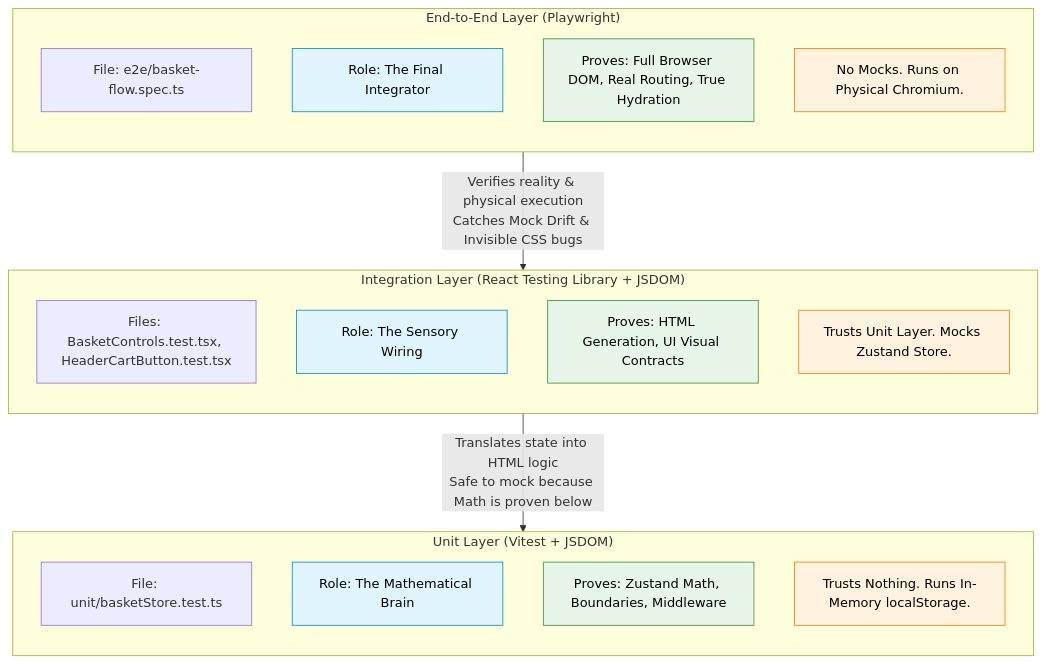
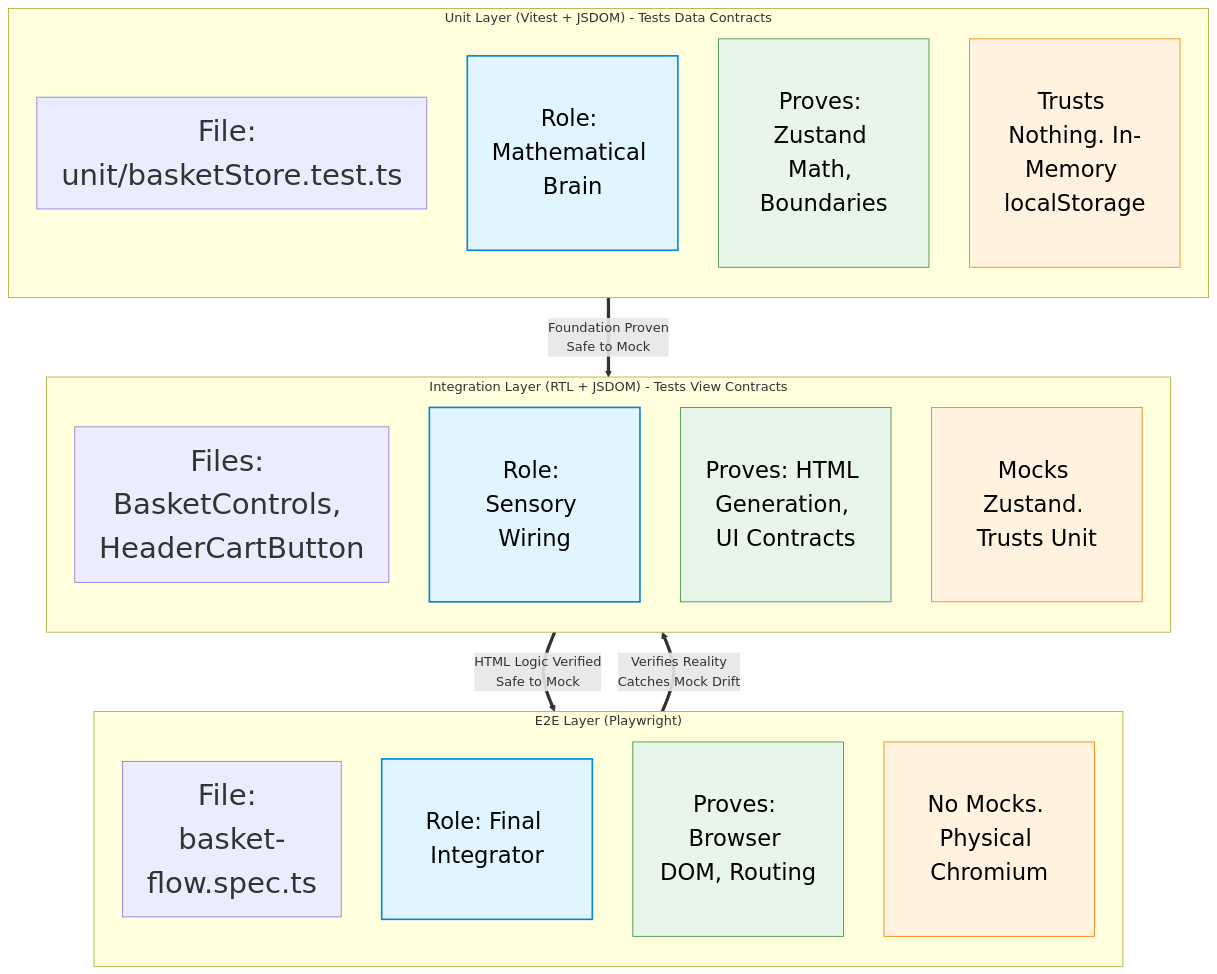
One commit to munrhalls/sanglogium changed the diagram in docs/basket/prd-tests-diagram.md. Above: the diagram before and after it, drawn with Mermaid. The commit also changed 2 other files, not shown here.

Commit message:
Difficulty: 3 - D, Documentation (docs): update workflow and test diagrams — → closes 0 DoD items, documentation

````diff
--- a/docs/basket/prd-tests-diagram.md
+++ b/docs/basket/prd-tests-diagram.md
@@ -1,34 +1,40 @@
 ```mermaid
-flowchart TD
+graph TD
     classDef container fill:transparent,stroke:#333,stroke-width:2px,stroke-dasharray: 5 5
-    classDef role fill:#e1f5fe,stroke:#0288d1,stroke-width:1px,color:#000
-    classDef scope fill:#e8f5e9,stroke:#388e3c,stroke-width:1px,color:#000
-    classDef warning fill:#fff3e0,stroke:#f57c00,stroke-width:1px,color:#000
+    classDef role fill:#e1f5fe,stroke:#0288d1,stroke-width:2px,color:#000,font-size:28px,padding:20px
+    classDef scope fill:#e8f5e9,stroke:#388e3c,stroke-width:1px,color:#000,font-size:28px,padding:20px
+    classDef warning fill:#fff3e0,stroke:#f57c00,stroke-width:1px,color:#000,font-size:28px,padding:20px
+    classDef default font-size:36px
 
-    subgraph E2E ["End-to-End Layer (Playwright)"]
+    subgraph E2E["E2E Layer (Playwright)"]
         direction TB
-        F1["File: e2e/basket-flow.spec.ts"]
-        R1["Role: The Final Integrator"]:::role
-        S1["Proves: Full Browser DOM, Real Routing, True Hydration"]:::scope
-        W1["No Mocks. Runs on Physical Chromium."]:::warning
+        F3["File: basket-flow.spec.ts"]
+        R3["Role: Final Integrator"]:::role
+        S3["Proves: Browser DOM, Routing"]:::scope
+        W3["No Mocks. Physical Chromium"]:::warning
     end
 
-    subgraph INT ["Integration Layer (React Testing Library + JSDOM)"]
+    subgraph INT["Integration Layer (RTL + JSDOM) - Tests View Contracts"]
         direction TB
-        F2["Files: BasketControls.test.tsx, HeaderCartButton.test.tsx"]
-        R2["Role: The Sensory Wiring"]:::role
-        S2["Proves: HTML Generation, UI Visual Contracts"]:::scope
-        W2["Trusts Unit Layer. Mocks Zustand Store."]:::warning
+        F2["Files: BasketControls, HeaderCartButton"]
+        R2["Role: Sensory Wiring"]:::role
+        S2["Proves: HTML Generation, UI Contracts"]:::scope
+        W2["Mocks Zustand. Trusts Unit"]:::warning
     end
 
-    subgraph UNIT ["Unit Layer (Vitest + JSDOM)"]
+    subgraph Unit["Unit Layer (Vitest + JSDOM) - Tests Data Contracts"]
         direction TB
-        F3["File: unit/basketStore.test.ts"]
-        R3["Role: The Mathematical Brain"]:::role
-        S3["Proves: Zustand Math, Boundaries, Middleware"]:::scope
-        W3["Trusts Nothing. Runs In-Memory localStorage."]:::warning
+        F1["File: unit/basketStore.test.ts"]
+        R1["Role: Mathematical Brain"]:::role
+        S1["Proves: Zustand Math, Boundaries"]:::scope
+        W1["Trusts Nothing. In-Memory localStorage"]:::warning
     end
 
-    E2E -->|Verifies reality & physical execution<br/>Catches Mock Drift & Invisible CSS bugs| INT
-    INT -->|Translates state into HTML logic<br/>Safe to mock because Math is proven below| UNIT
+    Unit -->|Foundation Proven<br/>Safe to Mock| INT
+    INT -->|HTML Logic Verified<br/>Safe to Mock| E2E
+    E2E -->|Verifies Reality<br/>Catches Mock Drift| INT
+
+    linkStyle 0 stroke-width:4px,stroke:#333
+    linkStyle 1 stroke-width:4px,stroke:#333
+    linkStyle 2 stroke-width:4px,stroke:#333
 ```
````
